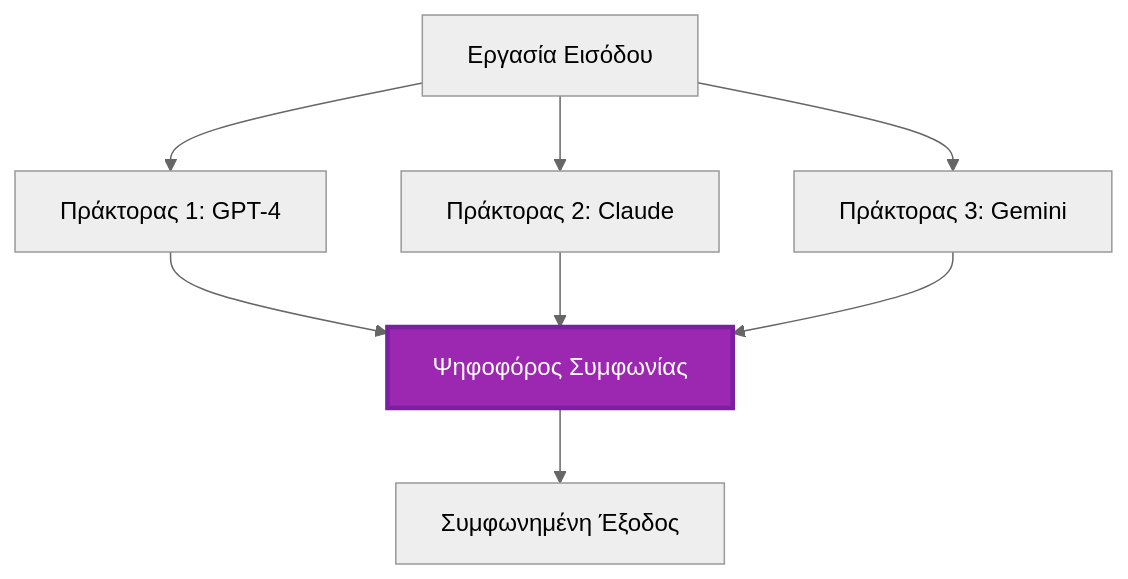
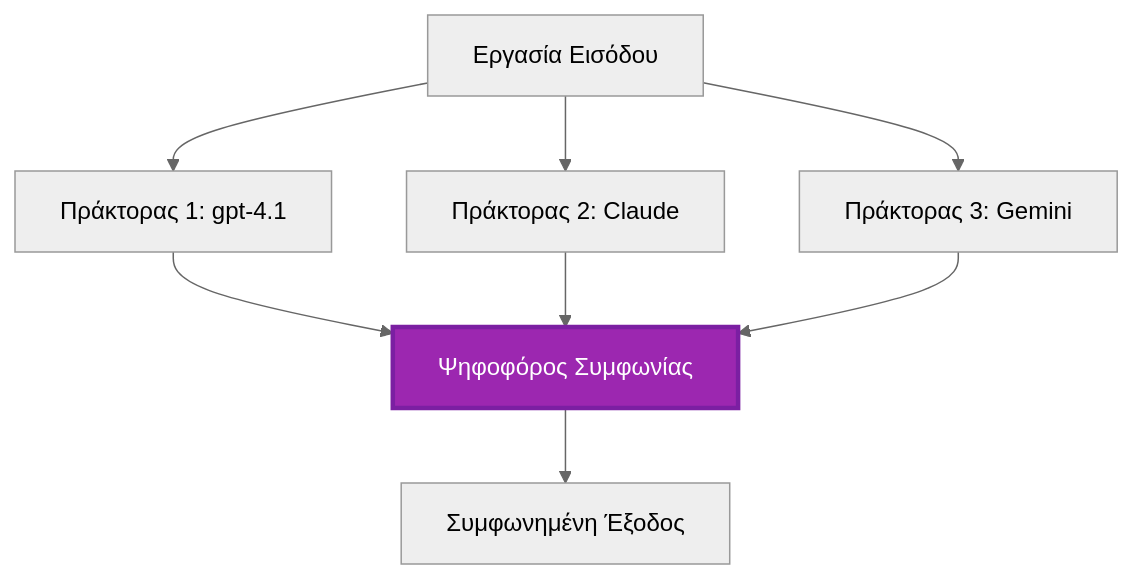
One commit to microsoft/AZD-for-beginners changed the fifth of 6 diagrams in translations/el/docs/chapter-06-pre-deployment/coordination-patterns.md. Above: the diagram before and after it, drawn with Mermaid (neutral theme). The commit also changed other lines of this file and 101 other files, not shown here.

````diff
--- a/translations/el/docs/chapter-06-pre-deployment/coordination-patterns.md
+++ b/translations/el/docs/chapter-06-pre-deployment/coordination-patterns.md
@@ -232,19 +225,19 @@
 ```mermaid
 graph TB
     Input[Εργασία Εισόδου]
-    Agent1[Πράκτορας 1: GPT-4]
+    Agent1[Πράκτορας 1: gpt-4.1]
     Agent2[Πράκτορας 2: Claude]
     Agent3[Πράκτορας 3: Gemini]
     Voter[Ψηφοφόρος Συμφωνίας]
     Output[Συμφωνημένη Έξοδος]
     
     Input --> Agent1
     Input --> Agent2
     Input --> Agent3
     Agent1 --> Voter
     Agent2 --> Voter
     Agent3 --> Voter
     Voter --> Output
     
     style Voter fill:#9C27B0,stroke:#7B1FA2,stroke-width:3px,color:#fff
 ```
````
